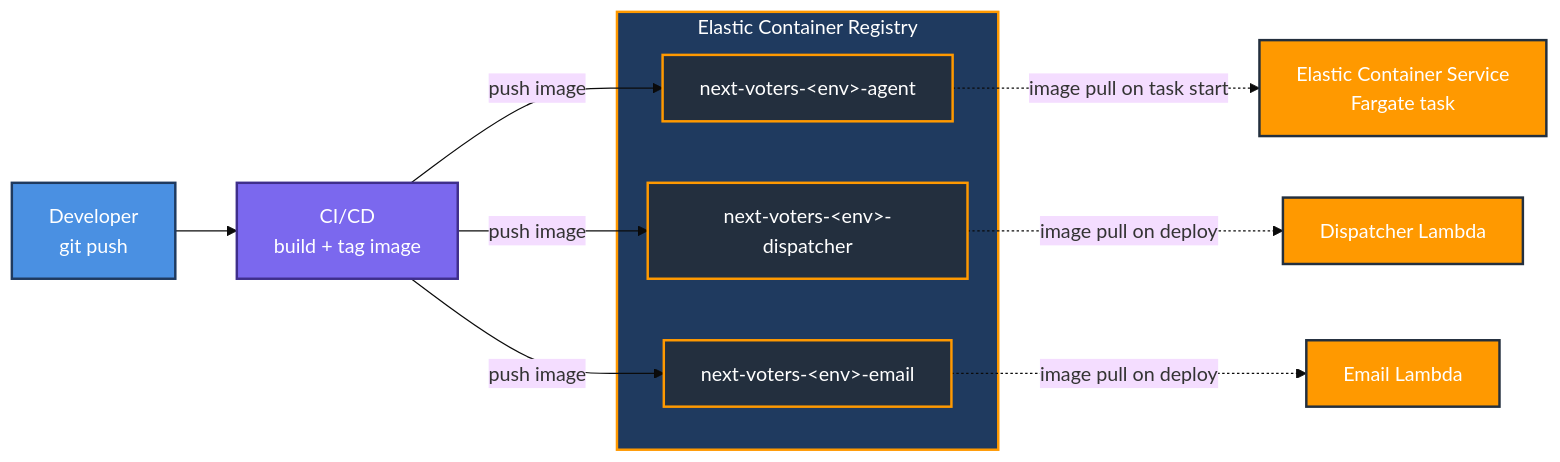
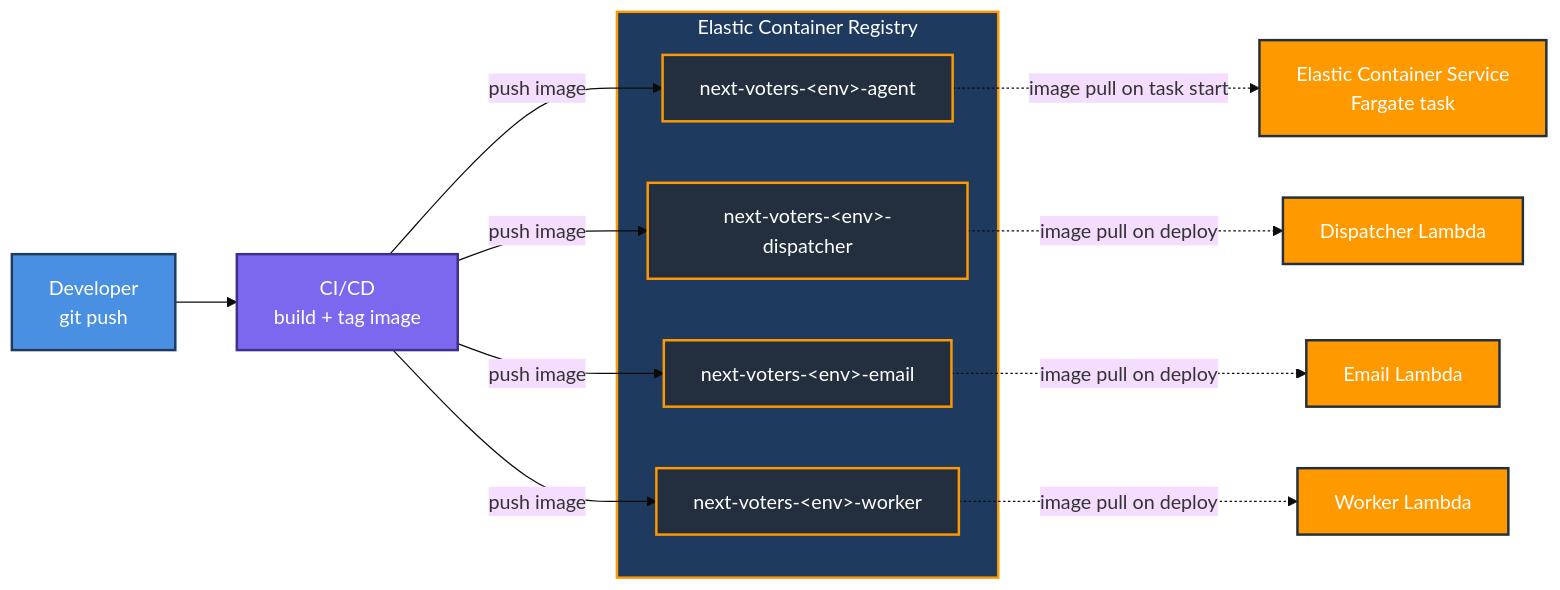
The second of 2 diagrams in docs/AWS_ARCHITECTURE.md (Next-Voters/Agent), drawn with Mermaid (base theme) before and after one commit. The commit also changed other lines of this file, not shown here.

First line of the commit message:
Document the worker Lambda in AWS_ARCHITECTURE.md

````diff
--- a/docs/AWS_ARCHITECTURE.md
+++ b/docs/AWS_ARCHITECTURE.md
@@ -82,35 +94,39 @@
 ```mermaid
 flowchart LR
     DEV["Developer<br/>git push"]
     CI["CI/CD<br/>build + tag image"]
 
     subgraph ECR["Elastic Container Registry"]
         R1["next-voters-&lt;env&gt;-agent"]
         R2["next-voters-&lt;env&gt;-dispatcher"]
         R3["next-voters-&lt;env&gt;-email"]
+        R4["next-voters-&lt;env&gt;-worker"]
     end
 
     ECS_T["Elastic Container Service<br/>Fargate task"]
     DL_T["Dispatcher Lambda"]
     EML_T["Email Lambda"]
+    WK_T["Worker Lambda"]
 
     DEV --> CI
     CI -->|push image| R1
     CI -->|push image| R2
     CI -->|push image| R3
+    CI -->|push image| R4
 
     R1 -.->|image pull on task start| ECS_T
     R2 -.->|image pull on deploy| DL_T
     R3 -.->|image pull on deploy| EML_T
+    R4 -.->|image pull on deploy| WK_T
 
     classDef aws fill:#FF9900,stroke:#232F3E,stroke-width:2px,color:#fff
     classDef repo fill:#232F3E,stroke:#FF9900,stroke-width:2px,color:#fff
     classDef ci fill:#7B68EE,stroke:#3F2E8C,stroke-width:2px,color:#fff
     classDef dev fill:#4A90E2,stroke:#1F3A5F,stroke-width:2px,color:#fff
 
-    class ECS_T,DL_T,EML_T aws
-    class R1,R2,R3 repo
+    class ECS_T,DL_T,EML_T,WK_T aws
+    class R1,R2,R3,R4 repo
     class CI ci
     class DEV dev
     style ECR fill:#1F3A5F,stroke:#FF9900,stroke-width:2px,color:#fff
 ```
````
